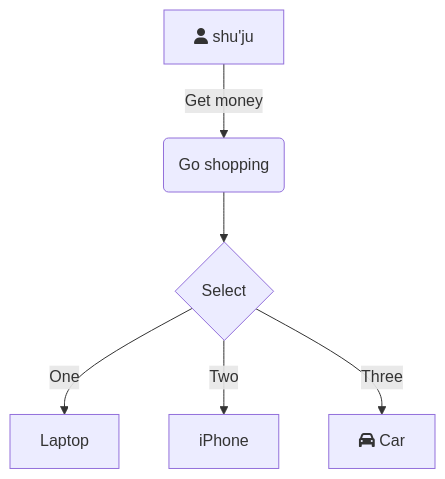
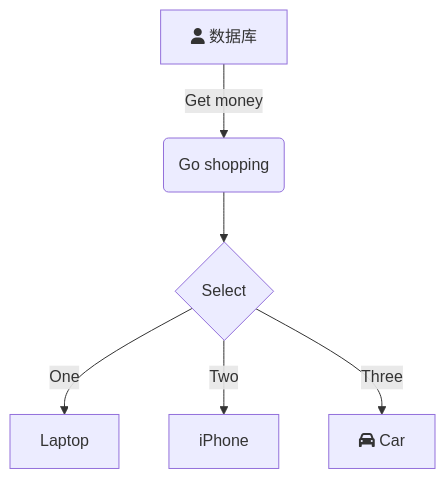
Before and after one commit to HelloMe66/iodraw-files: the diagram in all/未命名.md, drawn with Mermaid.

Commit message:
2025-08-20 13:06:51 update

````diff
--- a/all/未命名.md
+++ b/all/未命名.md
@@ -1,9 +1,9 @@
 ```mermaid
 graph TD
-    A[fa:fa-user shu'ju] -->|Get money| B(Go shopping)
+    A[fa:fa-user 数据库] -->|Get money| B(Go shopping)
     B --> C{Select}
     C -->|One| D[Laptop]
     C -->|Two| E[iPhone]
     C -->|Three| F[fa:fa-car Car]
   
 ```
````
